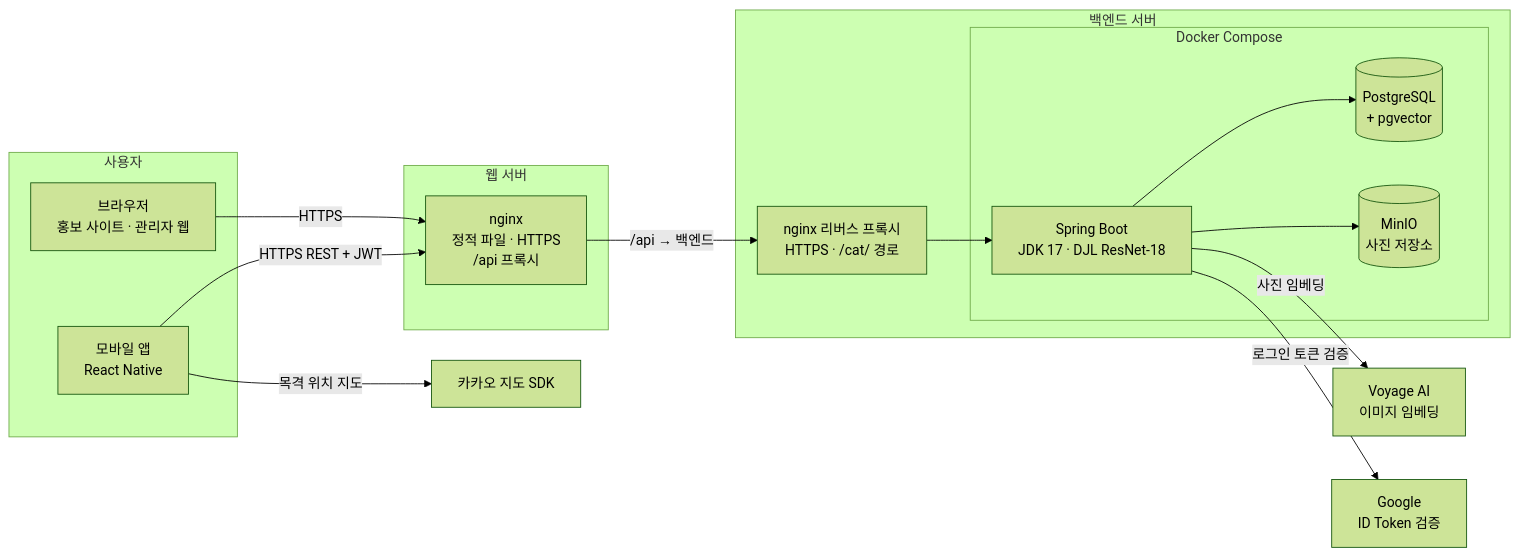
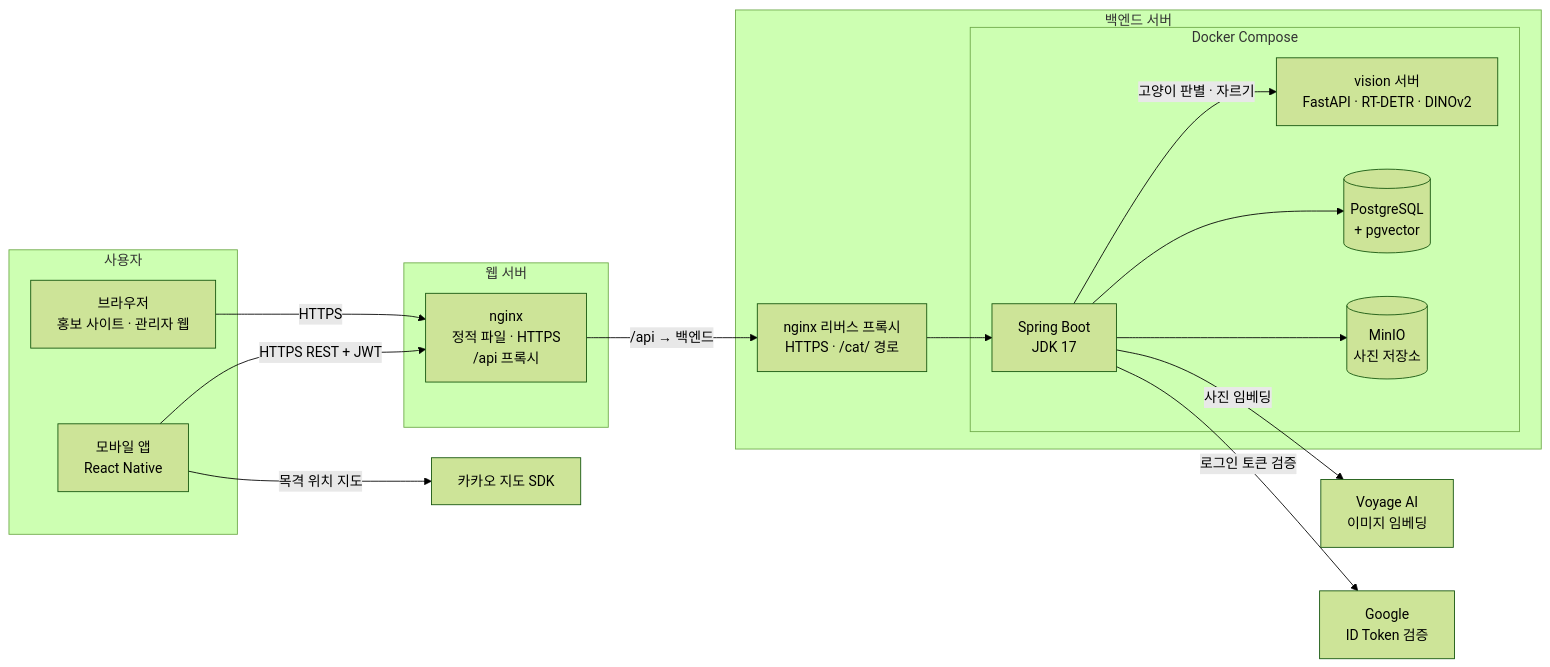
Before and after one commit to Obok-2/cat-my-town: the diagram in README.md, drawn with Mermaid (forest theme). The commit also changed other lines of this file and 12 other files, not shown here.

````diff
--- a/README.md
+++ b/README.md
@@ -41,34 +41,36 @@
 ```mermaid
 flowchart LR
     subgraph Client[사용자]
         App[모바일 앱<br/>React Native]
         Browser[브라우저<br/>홍보 사이트 · 관리자 웹]
     end
 
     subgraph WebServer[웹 서버]
         WebNginx[nginx<br/>정적 파일 · HTTPS<br/>/api 프록시]
     end
 
     subgraph BackendServer[백엔드 서버]
         Proxy[nginx 리버스 프록시<br/>HTTPS · /cat/ 경로]
         subgraph Compose[Docker Compose]
-            Spring[Spring Boot<br/>JDK 17 · DJL ResNet-18]
+            Spring[Spring Boot<br/>JDK 17]
+            Vision[vision 서버<br/>FastAPI · RT-DETR · DINOv2]
             PG[(PostgreSQL<br/>+ pgvector)]
             MinIO[(MinIO<br/>사진 저장소)]
         end
     end
 
     Voyage[Voyage AI<br/>이미지 임베딩]
     Google[Google<br/>ID Token 검증]
     Kakao[카카오 지도 SDK]
 
     Browser -->|HTTPS| WebNginx
     App -->|HTTPS REST + JWT| WebNginx
     WebNginx -->|/api → 백엔드| Proxy
     Proxy --> Spring
     Spring --> PG
     Spring --> MinIO
+    Spring -->|고양이 판별 · 자르기| Vision
     Spring -->|사진 임베딩| Voyage
     Spring -->|로그인 토큰 검증| Google
     App -->|목격 위치 지도| Kakao
 ```
````
